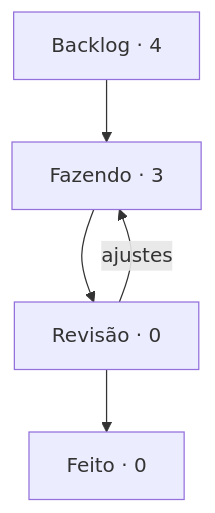
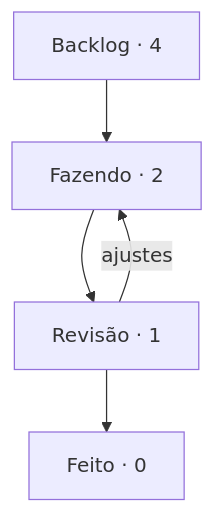
The diagram in boards/harness/BOARD.md (StudioVibi/VibiKanban), drawn with Mermaid before and after one commit. The commit also changed other lines of this file and 1 other file, not shown here.

Commit message:
board: HN-1 Fazendo → Revisão (@isabellaherman)

````diff
--- a/boards/harness/BOARD.md
+++ b/boards/harness/BOARD.md
@@ -5,10 +5,10 @@
 ```mermaid
 flowchart TD
-  backlog["Backlog · 4"] --> doing["Fazendo · 3"]
-  doing --> review["Revisão · 0"]
+  backlog["Backlog · 4"] --> doing["Fazendo · 2"]
+  doing --> review["Revisão · 1"]
   review --> done["Feito · 0"]
   review -->|ajustes| doing
   doing:::blue
   review:::yellow
   done:::green
 ```
````
